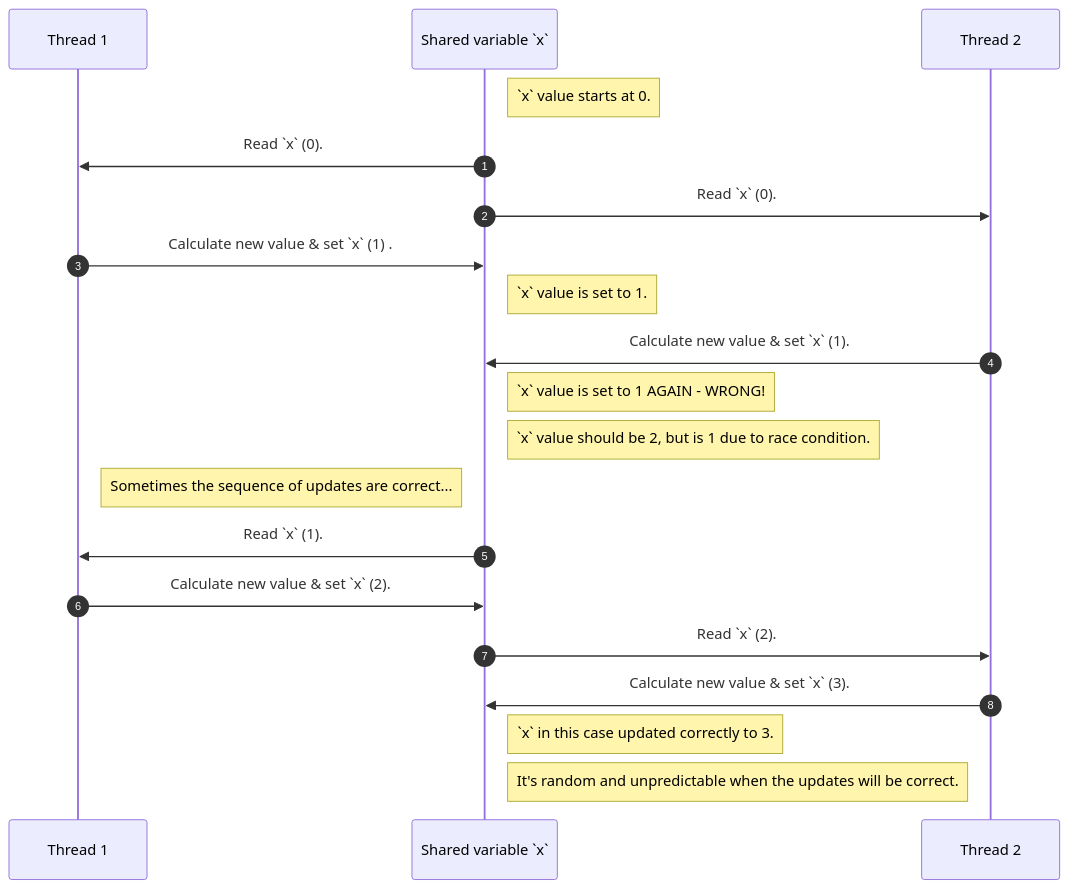
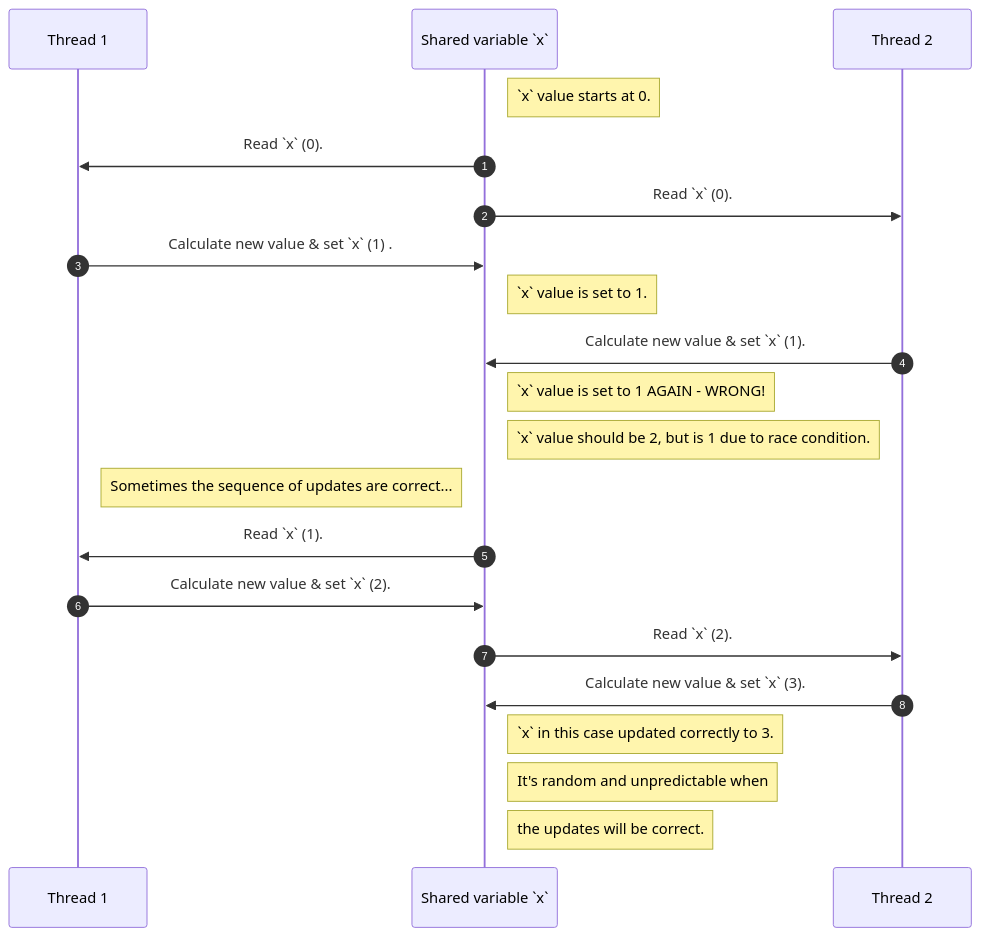
The second of 3 diagrams in 12-ParallelProcessing.md (realityexpander/How_to_program_from_ground_up), drawn with Mermaid before and after one commit. The commit also changed other lines of this file and 2 other files, not shown here.

Commit message:
fix spelling & diagrams

````diff
--- a/12-ParallelProcessing.md
+++ b/12-ParallelProcessing.md
@@ -85,24 +85,25 @@
   ```mermaid
      sequenceDiagram
          autonumber
          participant Thread 1
          participant Shared variable `x`
          participant Thread 2
            Note right of Shared variable `x`: `x` value starts at 0.
          Shared variable `x`->>Thread 1: Read `x` (0).
          Shared variable `x`->>Thread 2: Read `x` (0).
          Thread 1->>Shared variable `x`: Calculate new value & set `x` (1) .
          Note right of Shared variable `x`: `x` value is set to 1.
          Thread 2->>Shared variable `x`: Calculate new value & set `x` (1).
          Note right of Shared variable `x`: `x` value is set to 1 AGAIN - WRONG!
   
          Note right of Shared variable `x`: `x` value should be 2, but is 1 due to race condition.
          Note right of Thread 1: Sometimes the sequence of updates are correct...
          Shared variable `x`->>Thread 1: Read `x` (1).
          Thread 1->>Shared variable `x`: Calculate new value & set `x` (2).
          Shared variable `x`->>Thread 2: Read `x` (2).
          Thread 2->>Shared variable `x`: Calculate new value & set `x` (3).
          Note right of Shared variable `x`: `x` in this case updated correctly to 3.
-         Note right of Shared variable `x`: It's random and unpredictable when the updates will be correct.
+         Note right of Shared variable `x`: It's random and unpredictable when
+         Note right of Shared variable `x`: the updates will be correct.
 
   ```
````
